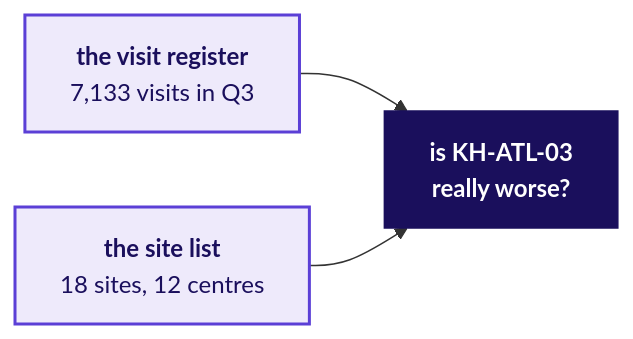
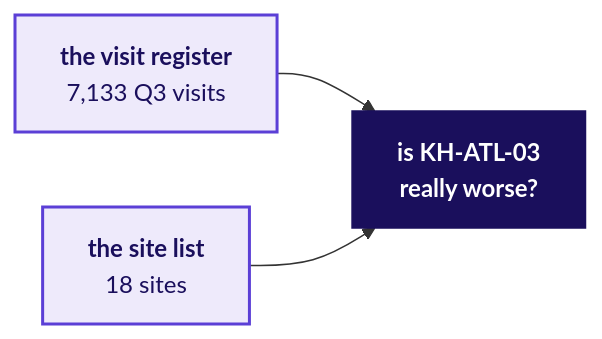
One commit to fde-academy-lab/c2-content-factory changed diagram 11 of 22 in content/W03/D1/slides/C2_W03_D01_introduction_STUDENT.md. Above: the diagram before and after it, drawn with Mermaid. The commit also changed other lines of this file and 15 other files, not shown here.

````diff
--- a/content/W03/D1/slides/C2_W03_D01_introduction_STUDENT.md
+++ b/content/W03/D1/slides/C2_W03_D01_introduction_STUDENT.md
@@ -603,9 +633,9 @@
 ```mermaid
 flowchart LR
-    A["<b>the visit register</b><br/>7,133 visits in Q3"] --> Q["<b>is KH-ATL-03<br/>really worse?</b>"]
-    S["<b>the site list</b><br/>18 sites, 12 centres"] --> Q
+    A["<b>the visit register</b><br/>7,133 Q3 visits"] --> Q["<b>is KH-ATL-03<br/>really worse?</b>"]
+    S["<b>the site list</b><br/>18 sites"] --> Q
     classDef known fill:#EEEAFB,stroke:#5B3FD6,color:#1A0F5C,stroke-width:2px
     classDef dark fill:#1A0F5C,stroke:#1A0F5C,color:#FFFFFF
     class A,S known
     class Q dark
 ```
````
